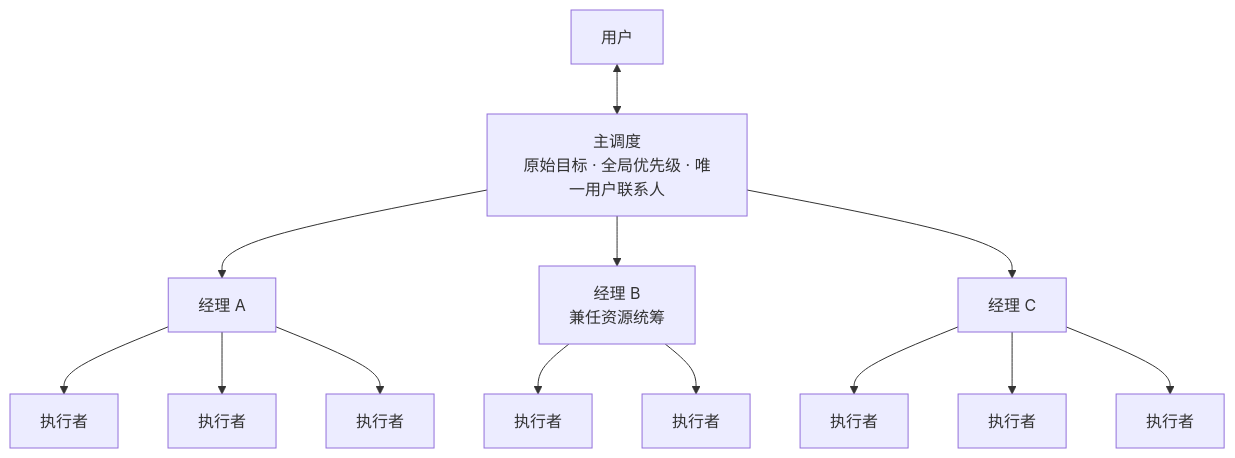
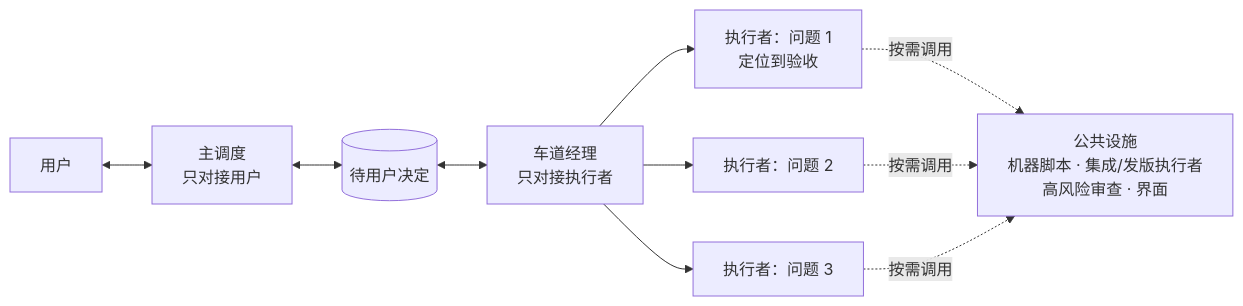
Before and after one commit to LaiHu2002/reliable-agent-dispatch: the diagram in README.md, drawn with Mermaid. The commit also changed other lines of this file and 5 other files, not shown here.

````diff
--- a/README.md
+++ b/README.md
@@ -9,10 +11,10 @@
 ```mermaid
-flowchart TD
-    U[用户] <--> L[主调度<br/>原始目标 · 全局优先级 · 唯一用户联系人]
-    L --> MA[经理 A]
-    L --> MB[经理 B<br/>兼任资源统筹]
-    L --> MC[经理 C]
-    MA --> A1[执行者] & A2[执行者] & A3[执行者]
-    MB --> B1[执行者] & B2[执行者]
-    MC --> C1[执行者] & C2[执行者] & C3[执行者]
+flowchart LR
+    U[用户] <--> D[主调度<br/>只对接用户]
+    D <--> Q[(待用户决定)]
+    Q <--> M[车道经理<br/>只对接执行者]
+    M --> W1[执行者：问题 1<br/>定位到验收]
+    M --> W2[执行者：问题 2]
+    M --> W3[执行者：问题 3]
+    W1 & W2 & W3 -.按需调用.-> F[公共设施<br/>机器脚本 · 集成/发版执行者<br/>高风险审查 · 界面]
 ```
````
